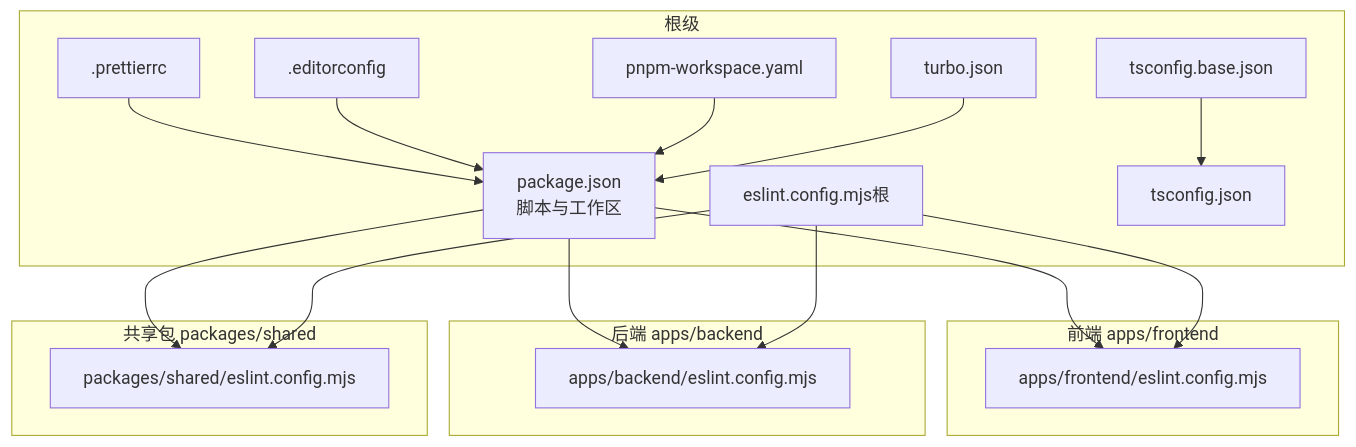
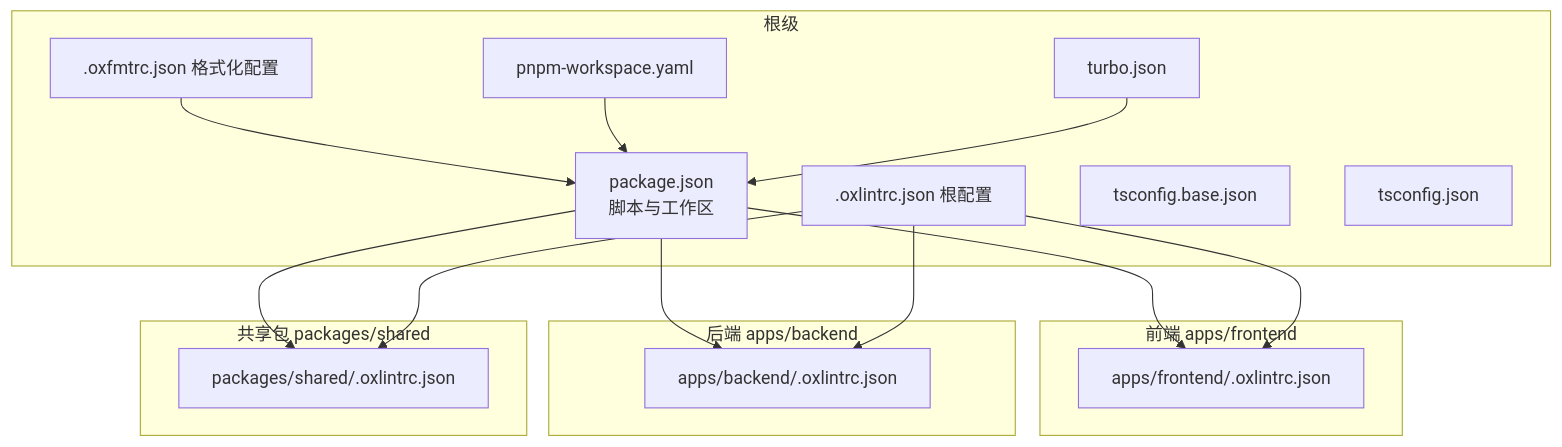
The first of 3 diagrams in .qoder/repowiki/zh/content/开发指南/代码规范与质量.md (xixixiaoyu/Todo), drawn with Mermaid before and after one commit. The commit also changed other lines of this file and 6 other files, not shown here.

````diff
--- a/.qoder/repowiki/zh/content/开发指南/代码规范与质量.md
+++ b/.qoder/repowiki/zh/content/开发指南/代码规范与质量.md
@@ -44,33 +54,30 @@
 ```mermaid
 graph TB
 subgraph "根级"
 PKG["package.json<br/>脚本与工作区"]
-ESLINTRC["eslint.config.mjs根"]
-PRET[".prettierrc"]
-EDITOR[".editorconfig"]
+OXLINTRC[".oxlintrc.json 根配置"]
+OXFMTRC[".oxfmtrc.json 格式化配置"]
 TSCBASE["tsconfig.base.json"]
 TSC["tsconfig.json"]
 TURBO["turbo.json"]
 WS["pnpm-workspace.yaml"]
 end
 subgraph "前端 apps/frontend"
-FE_ESLINT["apps/frontend/eslint.config.mjs"]
+FE_OXLINT["apps/frontend/.oxlintrc.json"]
 end
 subgraph "后端 apps/backend"
-BE_ESLINT["apps/backend/eslint.config.mjs"]
+BE_OXLINT["apps/backend/.oxlintrc.json"]
 end
 subgraph "共享包 packages/shared"
-SHARED_ESLINT["packages/shared/eslint.config.mjs"]
+SHARED_OXLINT["packages/shared/.oxlintrc.json"]
 end
-PKG --> FE_ESLINT
-PKG --> BE_ESLINT
-PKG --> SHARED_ESLINT
-ESLINTRC --> FE_ESLINT
-ESLINTRC --> BE_ESLINT
-ESLINTRC --> SHARED_ESLINT
-PRET --> PKG
-EDITOR --> PKG
-TSCBASE --> TSC
+PKG --> FE_OXLINT
+PKG --> BE_OXLINT
+PKG --> SHARED_OXLINT
+OXLINTRC --> FE_OXLINT
+OXLINTRC --> BE_OXLINT
+OXLINTRC --> SHARED_OXLINT
+OXFMTRC --> PKG
 WS --> PKG
 TURBO --> PKG
 ```
````
